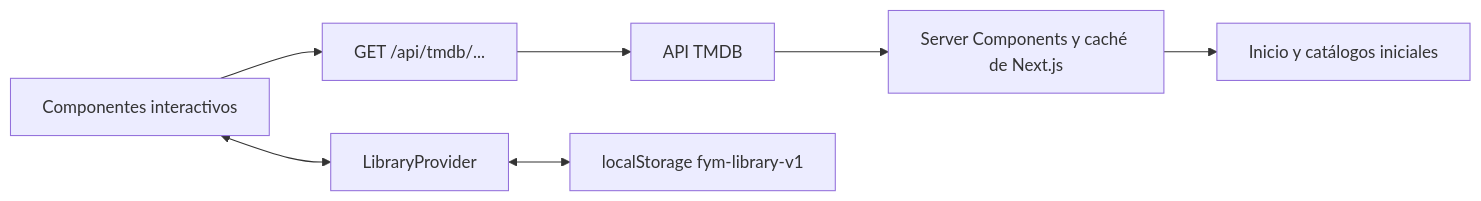
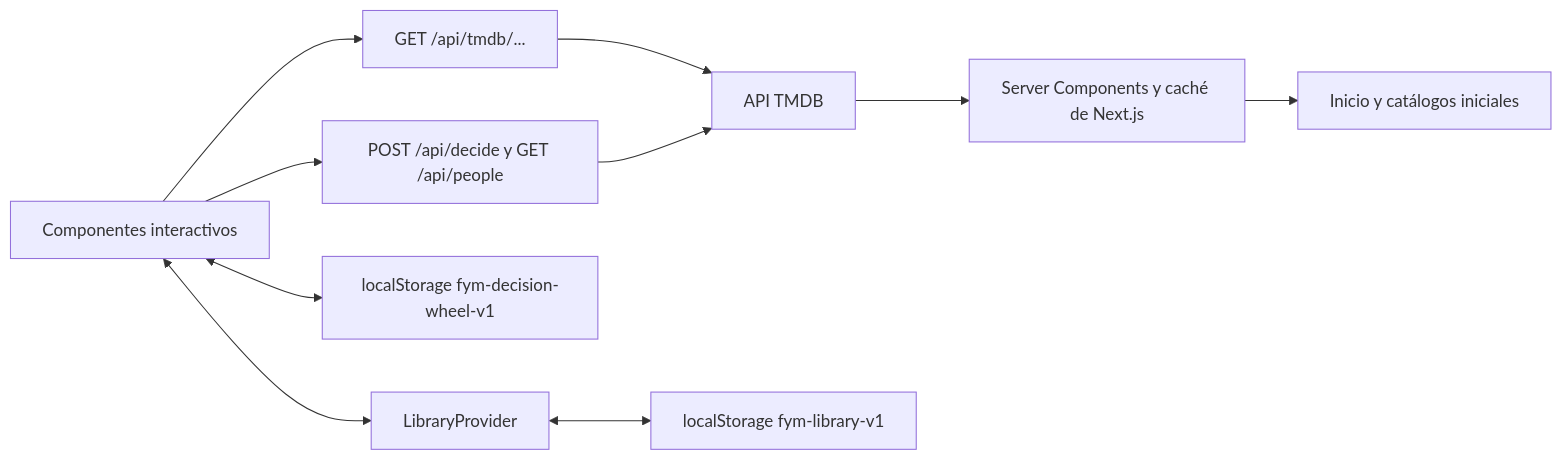
One commit to JhosepAC/fym changed the diagram in ARCHITECTURE.md. Above: the diagram before and after it, drawn with Mermaid. The commit also changed other lines of this file and 5 other files, not shown here.

Commit message:
docs(decide): document movie night design and architecture

````diff
--- a/ARCHITECTURE.md
+++ b/ARCHITECTURE.md
@@ -9,9 +9,12 @@
 ```mermaid
 flowchart LR
   TMDB[API TMDB] --> Server[Server Components y caché de Next.js]
   Server --> Home[Inicio y catálogos iniciales]
   Browser[Componentes interactivos] --> Proxy[GET /api/tmdb/...]
   Proxy --> TMDB
+  Browser --> Decision[POST /api/decide y GET /api/people]
+  Decision --> TMDB
+  Browser <--> Wheel[localStorage fym-decision-wheel-v1]
   Browser <--> Library[LibraryProvider]
   Library <--> Storage[localStorage fym-library-v1]
 ```
````
